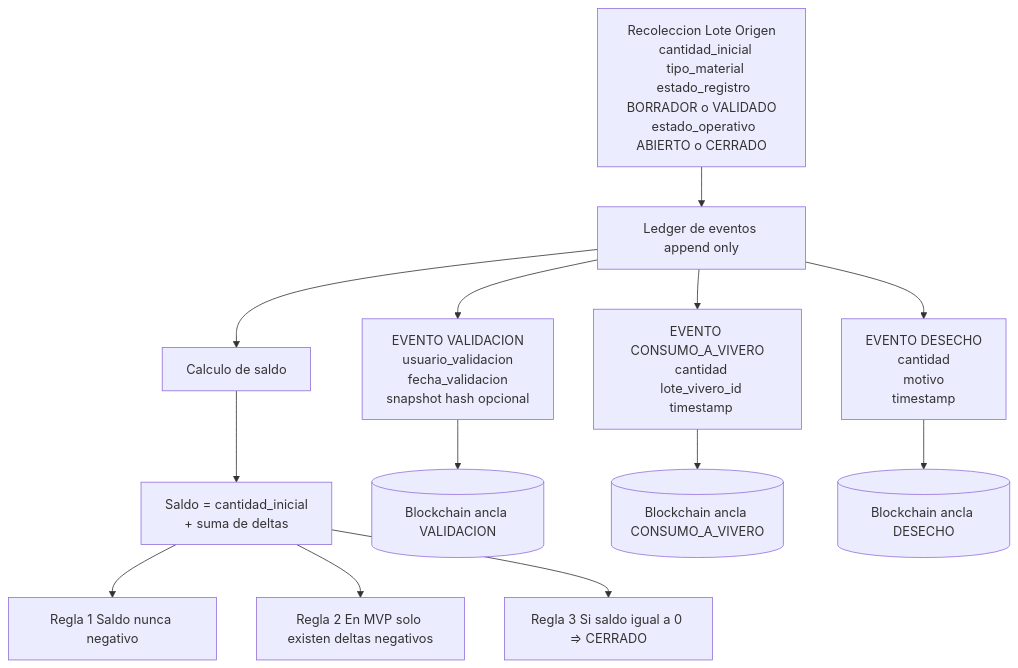
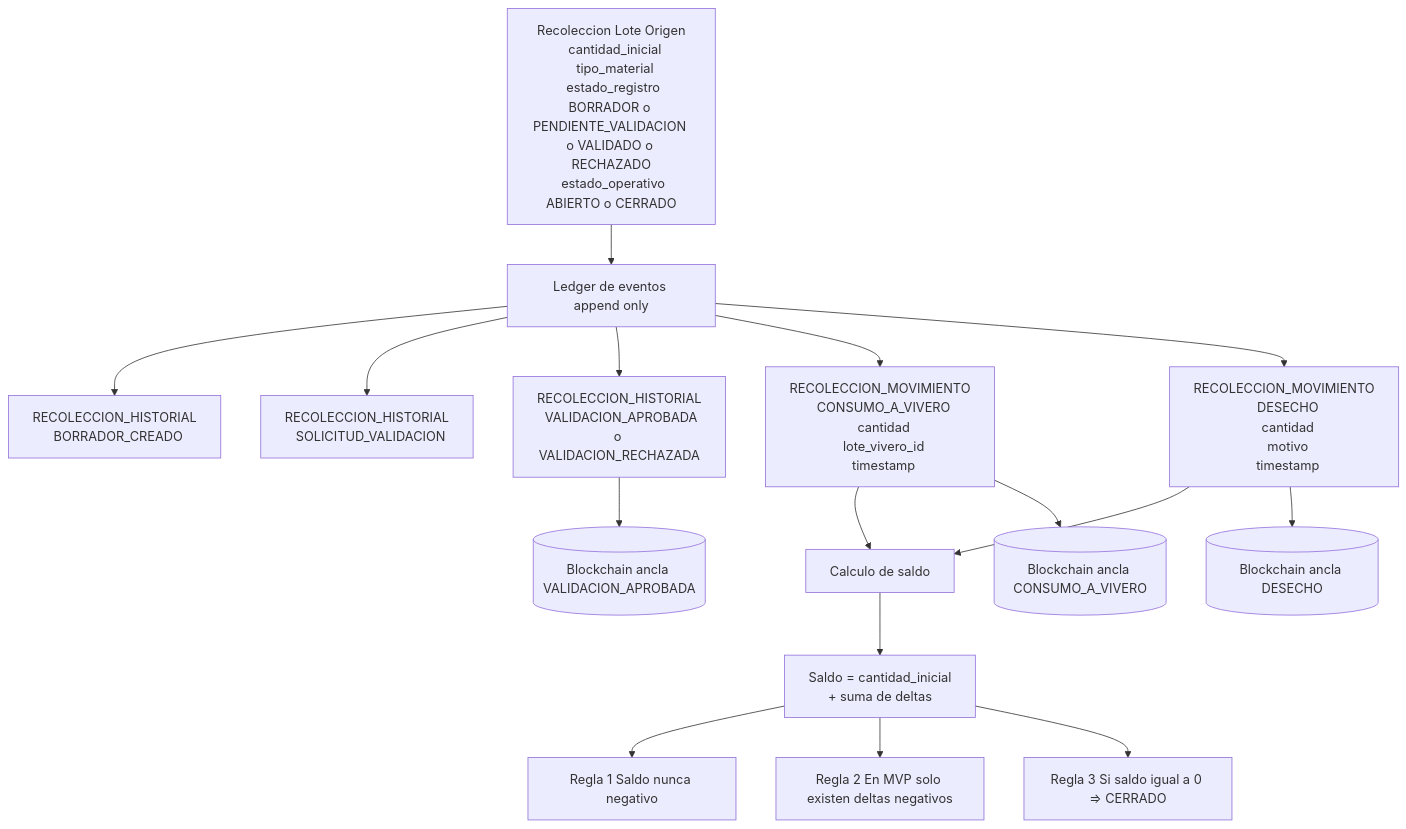
The third of 4 diagrams in recoleccion-module/03_procesos_diagrama.md (R3foresta/r3foresta-docs), drawn with Mermaid before and after one commit. The commit also changed other lines of this file and 5 other files, not shown here.

````diff
--- a/recoleccion-module/03_procesos_diagrama.md
+++ b/recoleccion-module/03_procesos_diagrama.md
@@ -160,37 +182,44 @@
 ```mermaid id="eventos_m1_recoleccion"
 flowchart TD
   a0[Recoleccion Lote Origen
   cantidad_inicial
   tipo_material
-  estado_registro BORRADOR o VALIDADO
+  estado_registro BORRADOR o PENDIENTE_VALIDACION o VALIDADO o RECHAZADO
   estado_operativo ABIERTO o CERRADO] --> a1[Ledger de eventos append only]
 
-  a1 --> e1[EVENTO VALIDACION
-  usuario_validacion
-  fecha_validacion
-  snapshot hash opcional]
+  a1 --> e1[RECOLECCION_HISTORIAL
+  BORRADOR_CREADO]
 
-  a1 --> e2[EVENTO CONSUMO_A_VIVERO
+  a1 --> e2[RECOLECCION_HISTORIAL
+  SOLICITUD_VALIDACION]
+
+  a1 --> e3[RECOLECCION_HISTORIAL
+  VALIDACION_APROBADA o VALIDACION_RECHAZADA]
+
+  a1 --> e4[RECOLECCION_MOVIMIENTO
+  CONSUMO_A_VIVERO
   cantidad
   lote_vivero_id
   timestamp]
 
-  a1 --> e3[EVENTO DESECHO
+  a1 --> e5[RECOLECCION_MOVIMIENTO
+  DESECHO
   cantidad
   motivo
   timestamp]
 
   %% Reglas de saldo
-  a1 --> calc[Calculo de saldo]
+  e4 --> calc[Calculo de saldo]
+  e5 --> calc
   calc --> formula[Saldo = cantidad_inicial
   + suma de deltas]
 
   formula --> rule1[Regla 1 Saldo nunca negativo]
   formula --> rule2[Regla 2 En MVP solo existen deltas negativos]
   formula --> rule3[Regla 3 Si saldo igual a 0 => CERRADO]
 
   %% Blockchain MVP
-  e1 --> bc1[(Blockchain ancla VALIDACION)]
-  e2 --> bc2[(Blockchain ancla CONSUMO_A_VIVERO)]
-  e3 --> bc3[(Blockchain ancla DESECHO)]
+  e3 --> bc1[(Blockchain ancla VALIDACION_APROBADA)]
+  e4 --> bc2[(Blockchain ancla CONSUMO_A_VIVERO)]
+  e5 --> bc3[(Blockchain ancla DESECHO)]
 ```
````
